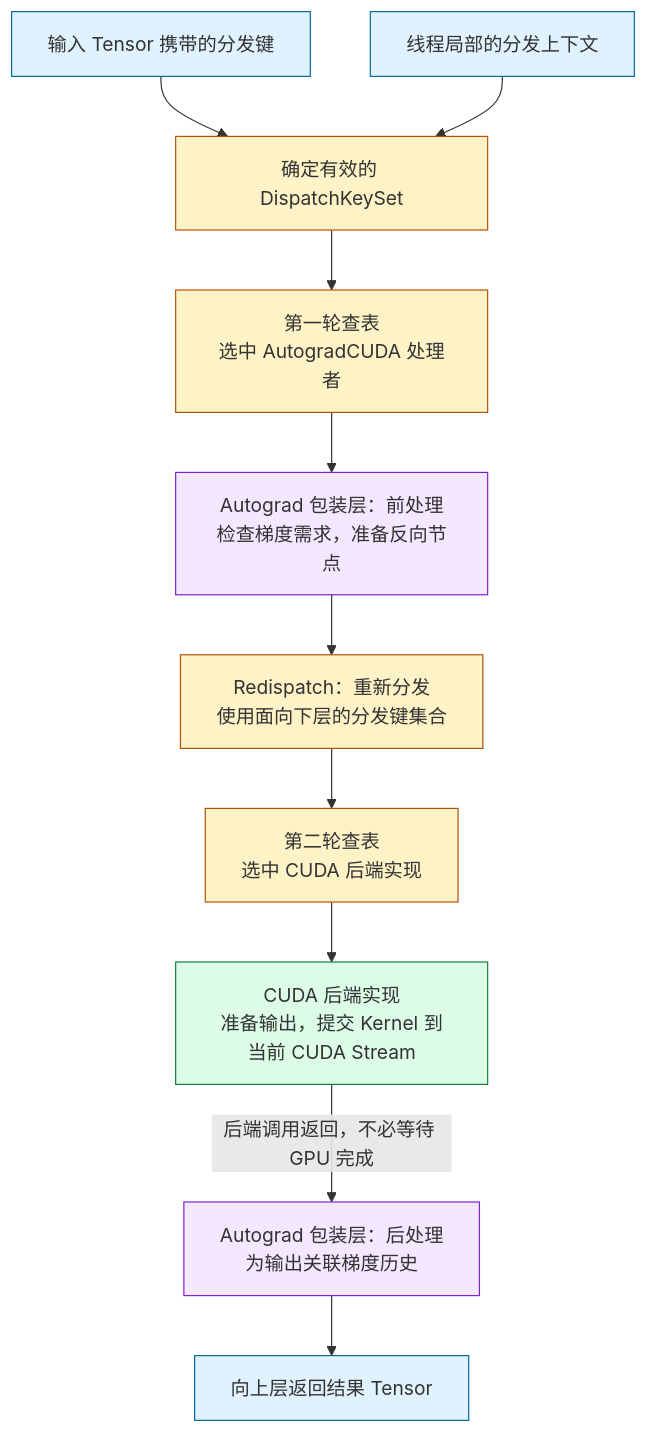
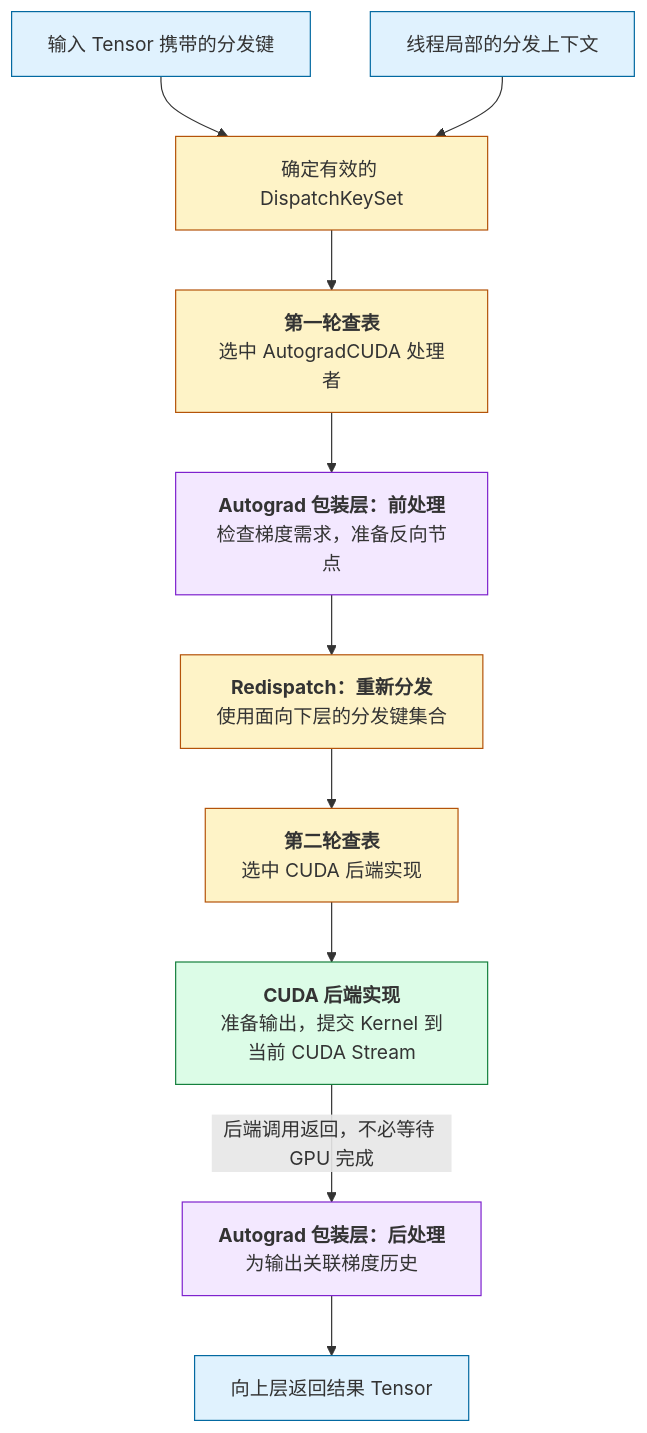
One commit to arganzheng/arganzheng.github.com changed the third of 5 diagrams in _posts/2026-02-17-pytorch-overall-introduction.md. Above: the diagram before and after it, drawn with Mermaid. The commit also changed other lines of this file and 10 other files, not shown here.

First line of the commit message:
PyTorch 深度实践：从 Tensor 到深度学习运行时：Mermaid 多行方框的首行标为标题（11 篇）

````diff
--- a/_posts/2026-02-17-pytorch-overall-introduction.md
+++ b/_posts/2026-02-17-pytorch-overall-introduction.md
@@ -852,30 +852,30 @@
 ```mermaid
 flowchart TB
     T["输入 Tensor 携带的分发键"]
     L["线程局部的分发上下文"]
     K["确定有效的 DispatchKeySet"]
 
-    D1["第一轮查表<br/>选中 AutogradCUDA 处理者"]
-    A["Autograd 包装层：前处理<br/>检查梯度需求，准备反向节点"]
-    R["Redispatch：重新分发<br/>使用面向下层的分发键集合"]
-    D2["第二轮查表<br/>选中 CUDA 后端实现"]
-    C["CUDA 后端实现<br/>准备输出，提交 Kernel 到当前 CUDA Stream"]
-    H["Autograd 包装层：后处理<br/>为输出关联梯度历史"]
+    D1["<b>第一轮查表</b><br/>选中 AutogradCUDA 处理者"]
+    A["<b>Autograd 包装层：前处理</b><br/>检查梯度需求，准备反向节点"]
+    R["<b>Redispatch：重新分发</b><br/>使用面向下层的分发键集合"]
+    D2["<b>第二轮查表</b><br/>选中 CUDA 后端实现"]
+    C["<b>CUDA 后端实现</b><br/>准备输出，提交 Kernel 到当前 CUDA Stream"]
+    H["<b>Autograd 包装层：后处理</b><br/>为输出关联梯度历史"]
     O["向上层返回结果 Tensor"]
 
     T --> K
     L --> K
     K --> D1 --> A --> R --> D2 --> C
     C -->|"后端调用返回，不必等待 GPU 完成"| H
     H --> O
 
     classDef input fill:#e0f2fe,stroke:#0369a1;
     classDef dispatch fill:#fef3c7,stroke:#b45309;
     classDef autograd fill:#f3e8ff,stroke:#7e22ce;
     classDef compute fill:#dcfce7,stroke:#15803d;
 
     class T,L,O input;
     class K,D1,R,D2 dispatch;
     class A,H autograd;
     class C compute;
 ```
````
